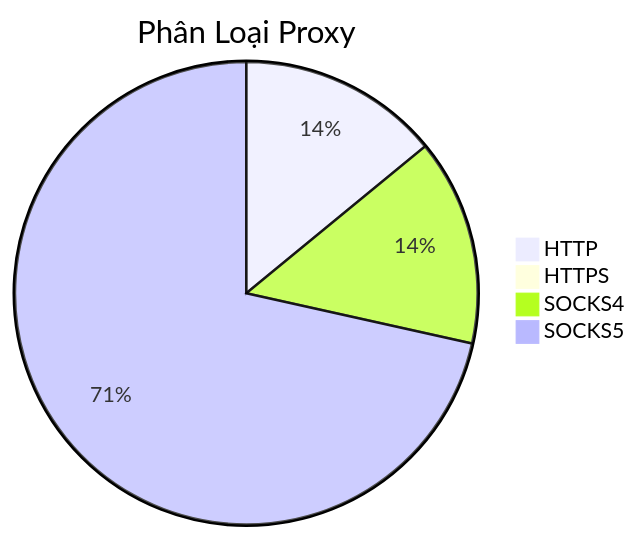
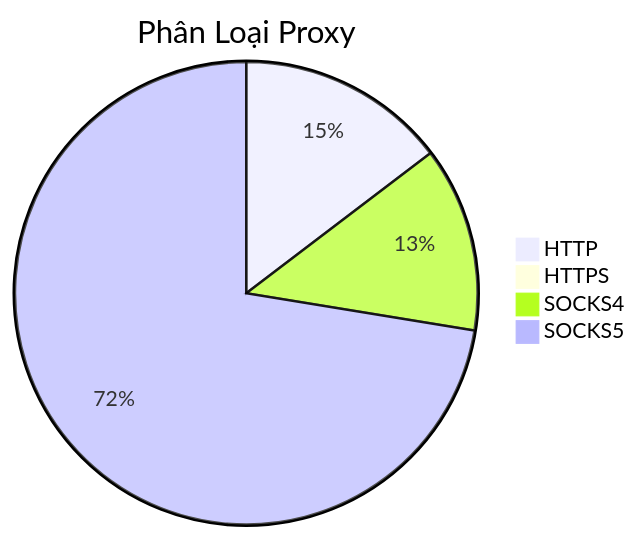
The diagram in README.md (Ciara-Aa/PROXY-free), drawn with Mermaid before and after one commit. The commit also changed other lines of this file and 4 other files, not shown here.

````diff
--- a/README.md
+++ b/README.md
@@ -26,7 +26,7 @@
 ```mermaid
 pie title Phân Loại Proxy
-    "HTTP" : 372
-    "HTTPS" : 4
-    "SOCKS4" : 382
-    "SOCKS5" : 1893
+    "HTTP" : 393
+    "HTTPS" : 5
+    "SOCKS4" : 347
+    "SOCKS5" : 1943
 ```
````
